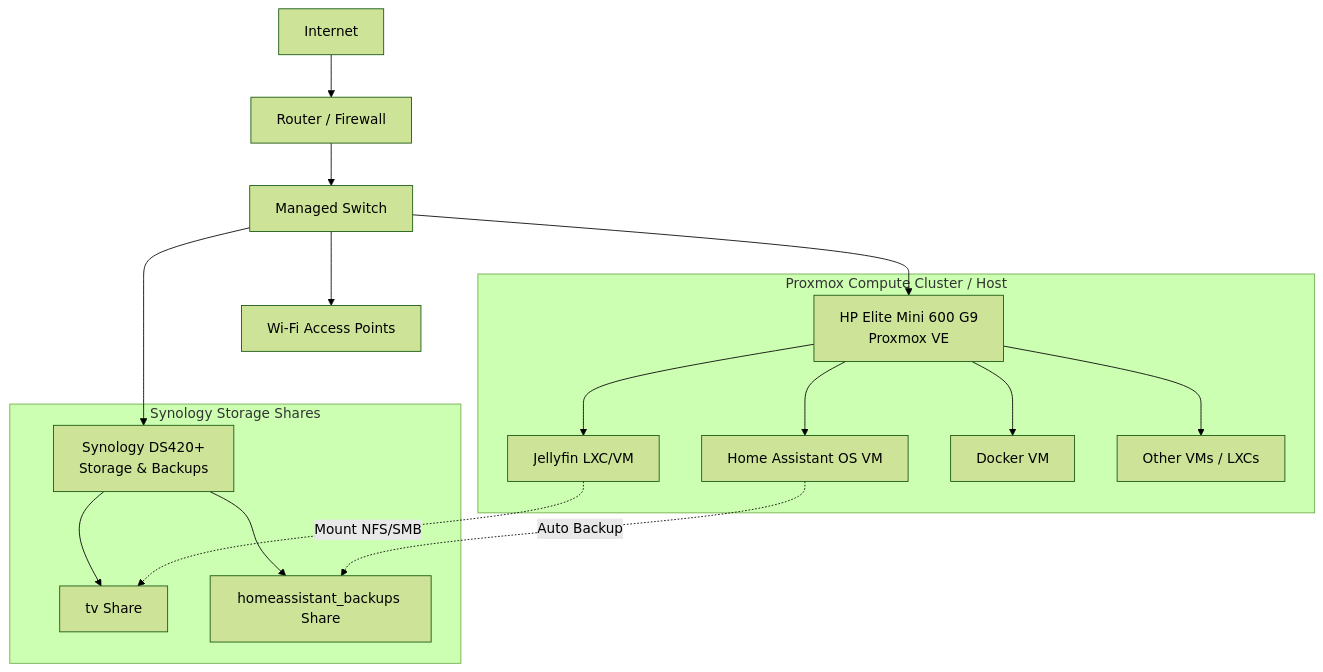
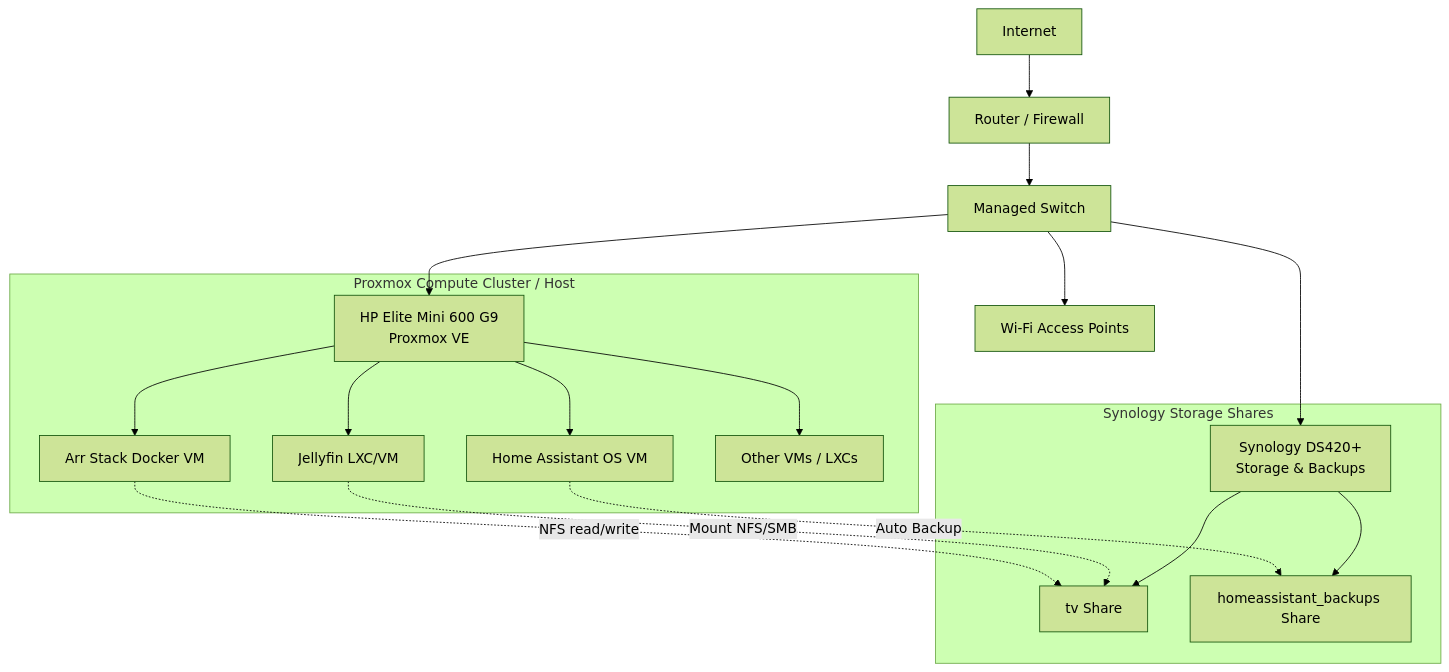
The diagram in docs/architecture.md (Rhod3/homelab), drawn with Mermaid (forest theme) before and after one commit. The commit also changed 10 other files, not shown here.

Commit message:
docs: planned arr stack

````diff
--- a/docs/architecture.md
+++ b/docs/architecture.md
@@ -25,23 +25,24 @@
 ```mermaid
 flowchart TD
     Internet[Internet] --> Router[Router / Firewall]
     Router --> Switch[Managed Switch]
     Switch --> HP[HP Elite Mini 600 G9<br/>Proxmox VE]
     Switch --> Synology[Synology DS420+<br/>Storage & Backups]
     Switch --> AP[Wi-Fi Access Points]
 
     subgraph Proxmox Compute Cluster / Host
         HP --> HA[Home Assistant OS VM]
         HP --> Jellyfin[Jellyfin LXC/VM]
-        HP --> Docker[Docker VM]
+        HP --> Docker[Arr Stack Docker VM]
         HP --> Other[Other VMs / LXCs]
     end
 
     subgraph Synology Storage Shares
         Synology --> Media[tv Share]
         Synology --> HABackups[homeassistant_backups Share]
     end
 
     Jellyfin -. Mount NFS/SMB .-> Media
+    Docker -. NFS read/write .-> Media
     HA -. Auto Backup .-> HABackups
 ```
````
